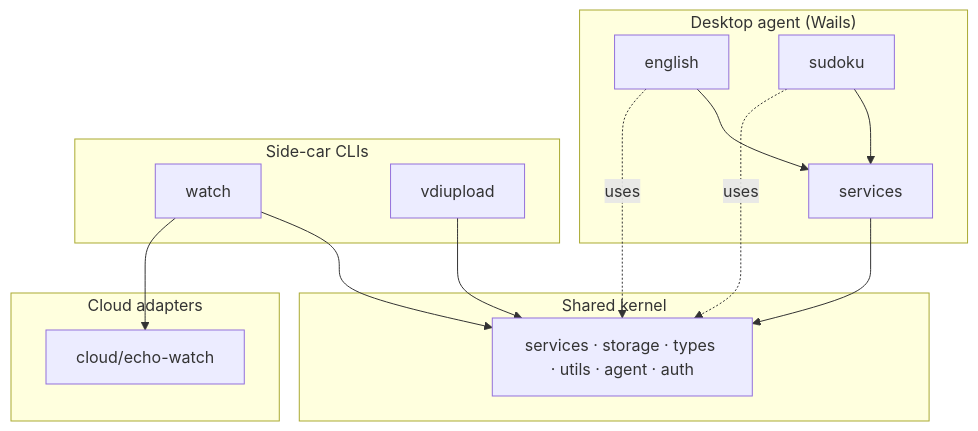
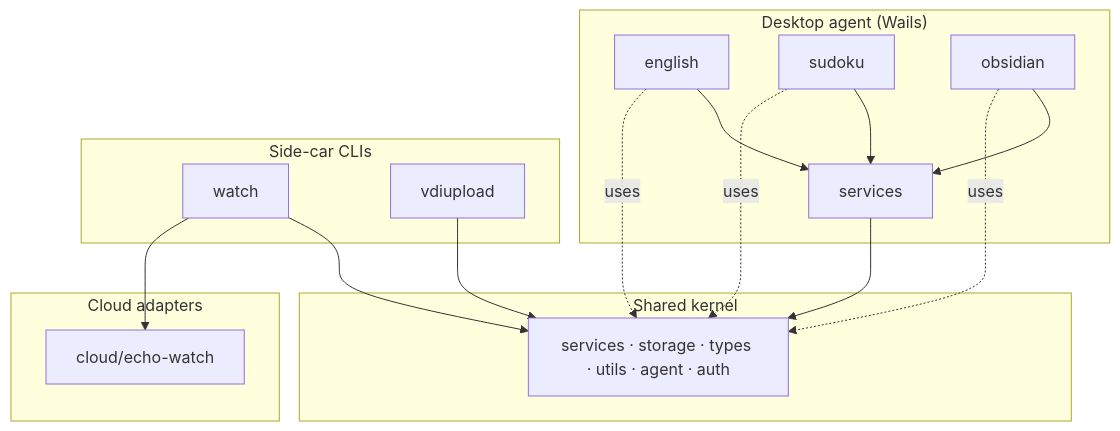
One commit to zcharym/talus-mofish changed the diagram in docs/domains/README.md. Above: the diagram before and after it, drawn with Mermaid. The commit also changed other lines of this file and 24 other files, not shown here.

````diff
--- a/docs/domains/README.md
+++ b/docs/domains/README.md
@@ -24,30 +25,33 @@
 ```mermaid
 flowchart TB
   subgraph desktop["Desktop agent (Wails)"]
     EN[english]
     SU[sudoku]
+    OB[obsidian]
     SVC[services]
     EN --> SVC
     SU --> SVC
+    OB --> SVC
   end
 
   subgraph sidecars["Side-car CLIs"]
     W[watch]
     U[vdiupload]
   end
 
   subgraph cloud["Cloud adapters"]
     CW[cloud/echo-watch]
   end
 
   subgraph kernel["Shared kernel"]
     K[services · storage · types · utils · agent · auth]
   end
 
   SVC --> K
   EN -.->|uses| K
   SU -.->|uses| K
+  OB -.->|uses| K
   W --> K
   U --> K
   W --> CW
 ```
````
